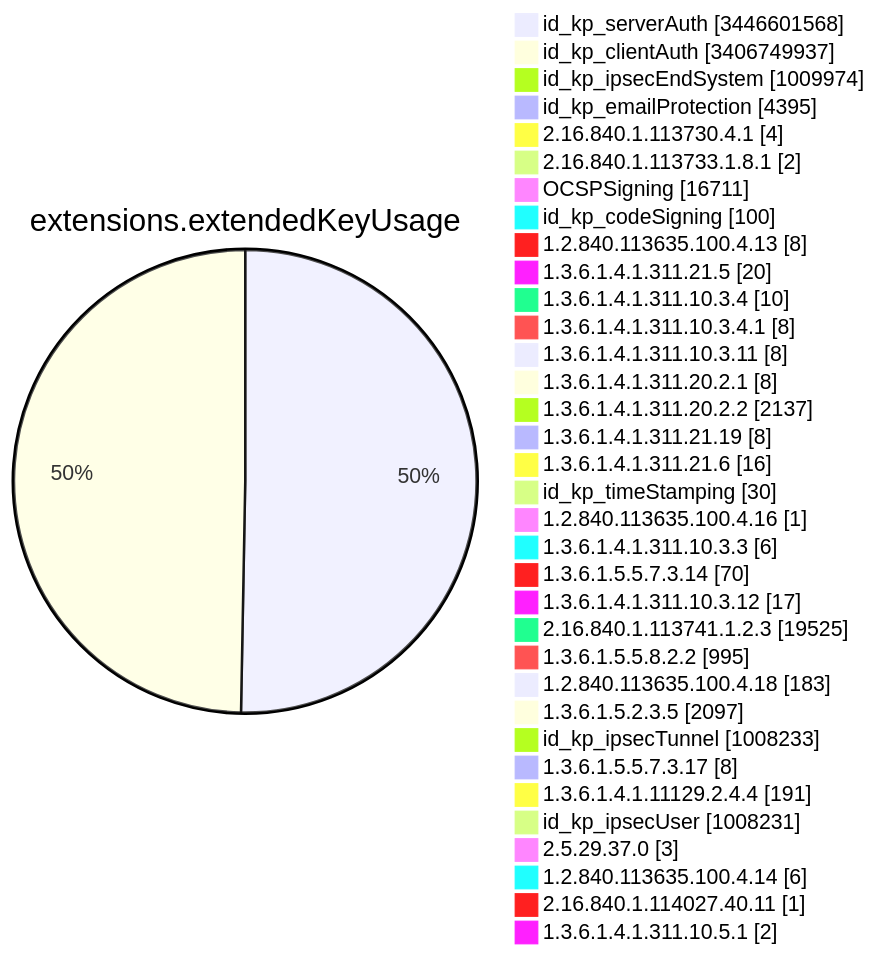
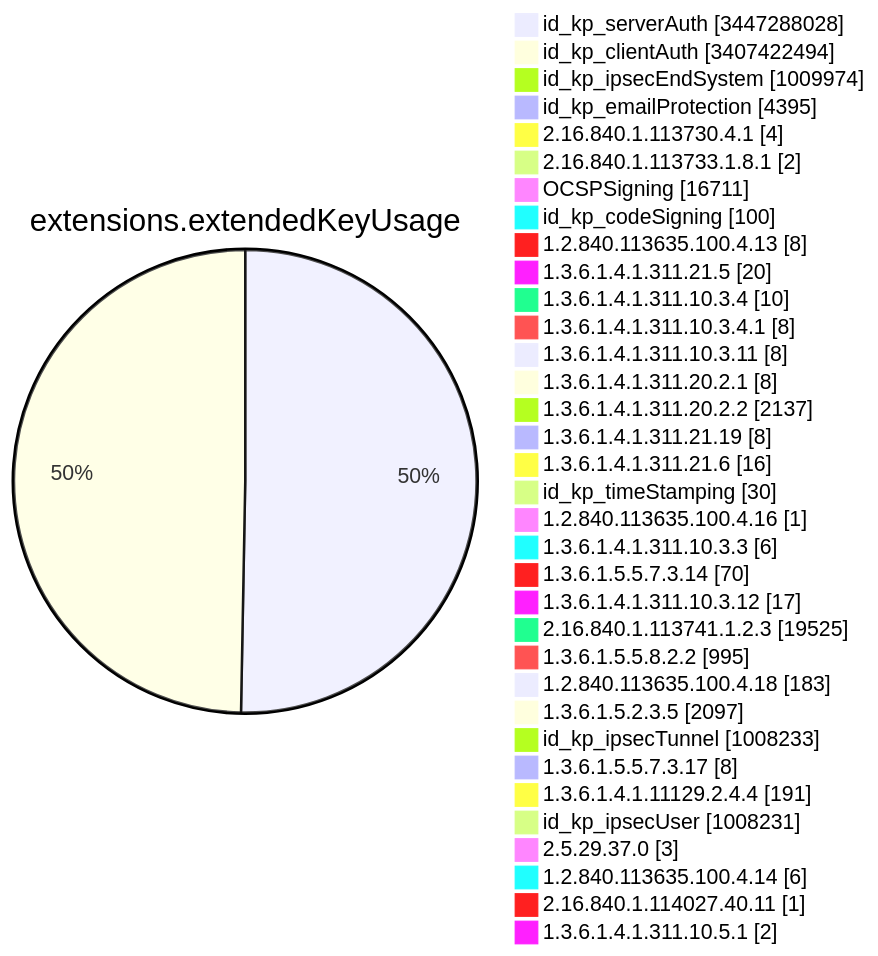
One commit to christiankrug/ctmonitor_visualization changed diagram 11 of 15 in TOTAL/README.md. Above: the diagram before and after it, drawn with Mermaid. The commit also changed other lines of this file, not shown here.

````diff
--- a/TOTAL/README.md
+++ b/TOTAL/README.md
@@ -4123,38 +4123,38 @@
 ```mermaid
 pie showData
 title extensions.extendedKeyUsage
-"id_kp_serverAuth" :3446601568
-"id_kp_clientAuth" :3406749937
+"id_kp_serverAuth" :3447288028
+"id_kp_clientAuth" :3407422494
 "id_kp_ipsecEndSystem" :1009974
 "id_kp_emailProtection" :4395
 "2.16.840.1.113730.4.1" :4
 "2.16.840.1.113733.1.8.1" :2
 "OCSPSigning" :16711
 "id_kp_codeSigning" :100
 "1.2.840.113635.100.4.13" :8
 "1.3.6.1.4.1.311.21.5" :20
 "1.3.6.1.4.1.311.10.3.4" :10
 "1.3.6.1.4.1.311.10.3.4.1" :8
 "1.3.6.1.4.1.311.10.3.11" :8
 "1.3.6.1.4.1.311.20.2.1" :8
 "1.3.6.1.4.1.311.20.2.2" :2137
 "1.3.6.1.4.1.311.21.19" :8
 "1.3.6.1.4.1.311.21.6" :16
 "id_kp_timeStamping" :30
 "1.2.840.113635.100.4.16" :1
 "1.3.6.1.4.1.311.10.3.3" :6
 "1.3.6.1.5.5.7.3.14" :70
 "1.3.6.1.4.1.311.10.3.12" :17
 "2.16.840.1.113741.1.2.3" :19525
 "1.3.6.1.5.5.8.2.2" :995
 "1.2.840.113635.100.4.18" :183
 "1.3.6.1.5.2.3.5" :2097
 "id_kp_ipsecTunnel" :1008233
 "1.3.6.1.5.5.7.3.17" :8
 "1.3.6.1.4.1.11129.2.4.4" :191
 "id_kp_ipsecUser" :1008231
 "2.5.29.37.0" :3
 "1.2.840.113635.100.4.14" :6
 "2.16.840.1.114027.40.11" :1
 "1.3.6.1.4.1.311.10.5.1" :2
 ```
````
